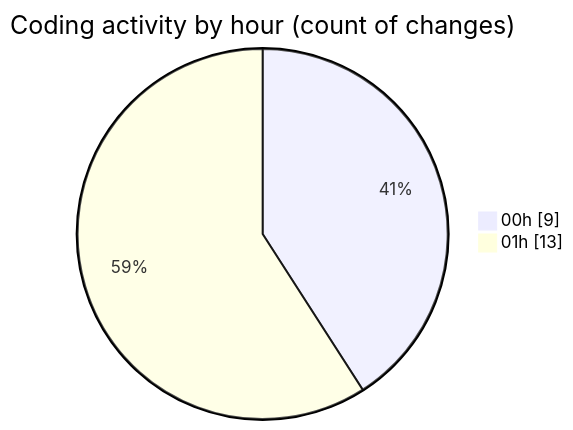
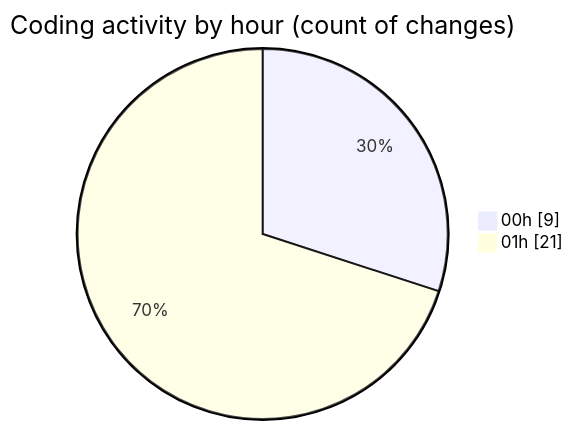
The second of 2 diagrams in 2025-11-18/eventscop-frontend-guide__workspace_/README.md (julien-gomy/code-tracking), drawn with Mermaid before and after one commit. The commit also changed other lines of this file and 1 other file, not shown here.

````diff
--- a/2025-11-18/eventscop-frontend-guide__workspace_/README.md
+++ b/2025-11-18/eventscop-frontend-guide__workspace_/README.md
@@ -30,6 +33,6 @@
 ```mermaid
 pie showData
 title Coding activity by hour (count of changes)
 "00h" : 9
-"01h" : 13
+"01h" : 21
 ```
````
